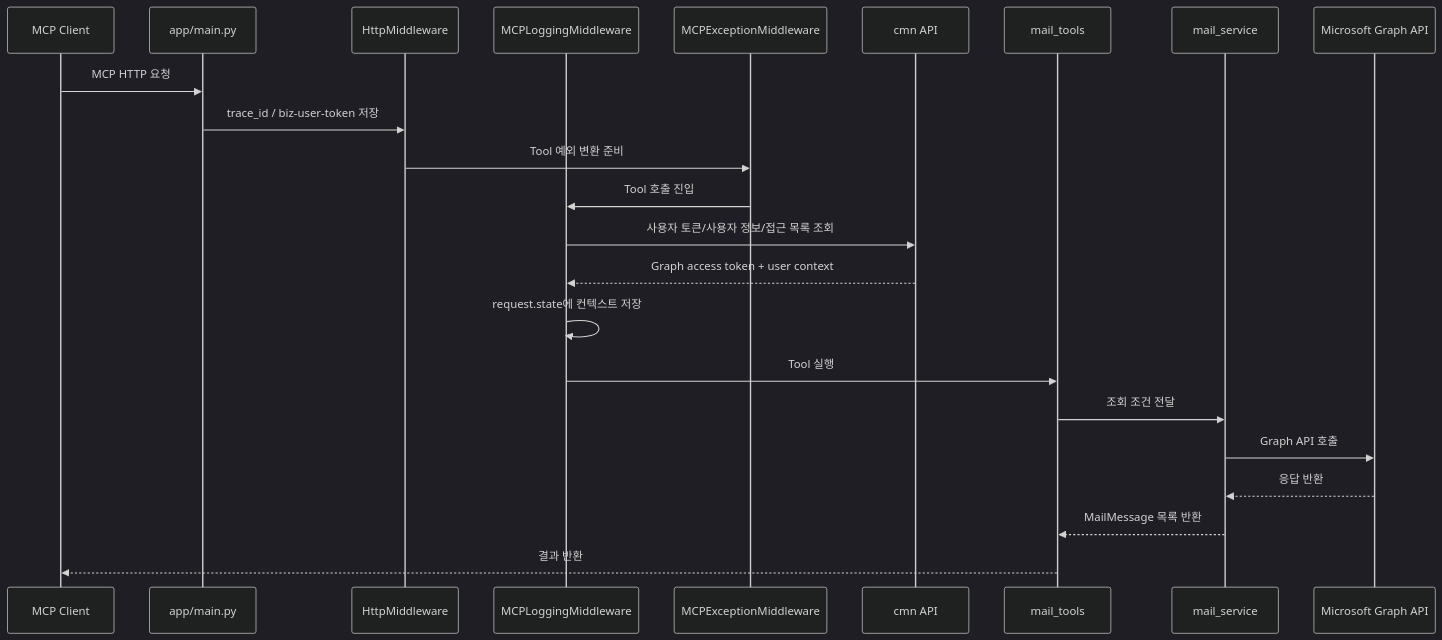
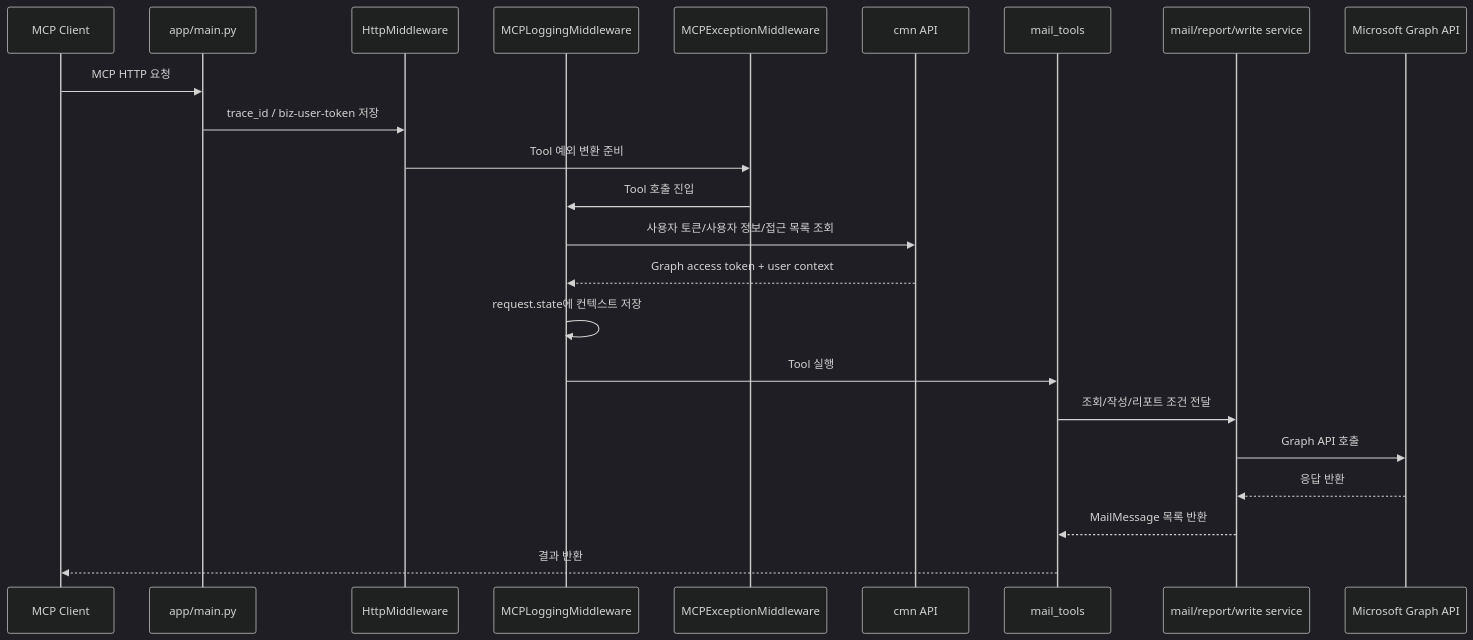
Before and after one commit to leodev901/mcp-mail: the third of 6 diagrams in README.md, drawn with Mermaid (dark theme). The commit also changed other lines of this file and 8 other files, not shown here.

````diff
--- a/README.md
+++ b/README.md
@@ -143,26 +154,26 @@
 ```mermaid
 sequenceDiagram
     participant Client as MCP Client
     participant App as app/main.py
     participant HTTP as HttpMiddleware
     participant MCP as MCPLoggingMiddleware
     participant EX as MCPExceptionMiddleware
     participant CMN as cmn API
     participant Tool as mail_tools
-    participant Service as mail_service
+    participant Service as mail/report/write service
     participant Graph as Microsoft Graph API
 
     Client->>App: MCP HTTP 요청
     App->>HTTP: trace_id / biz-user-token 저장
     HTTP->>EX: Tool 예외 변환 준비
     EX->>MCP: Tool 호출 진입
     MCP->>CMN: 사용자 토큰/사용자 정보/접근 목록 조회
     CMN-->>MCP: Graph access token + user context
     MCP->>MCP: request.state에 컨텍스트 저장
     MCP->>Tool: Tool 실행
-    Tool->>Service: 조회 조건 전달
+    Tool->>Service: 조회/작성/리포트 조건 전달
     Service->>Graph: Graph API 호출
     Graph-->>Service: 응답 반환
     Service-->>Tool: MailMessage 목록 반환
     Tool-->>Client: 결과 반환
 ```
````
